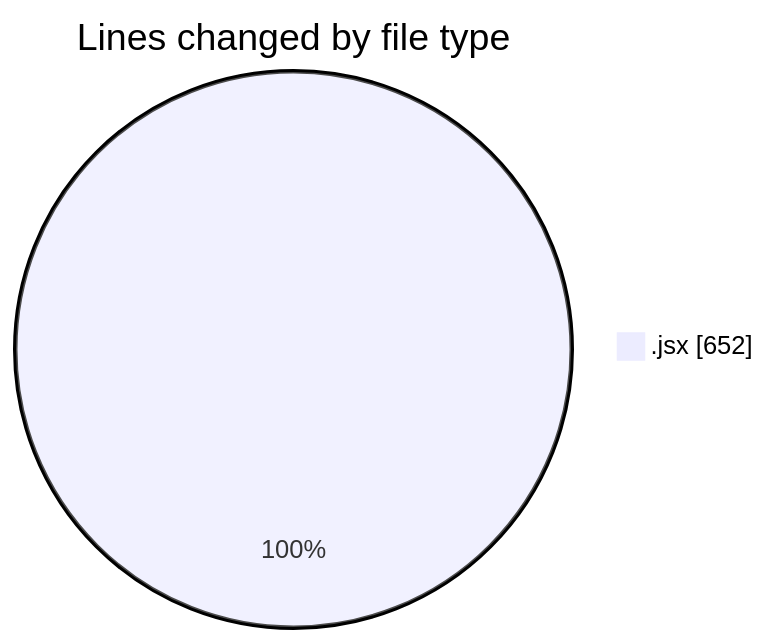
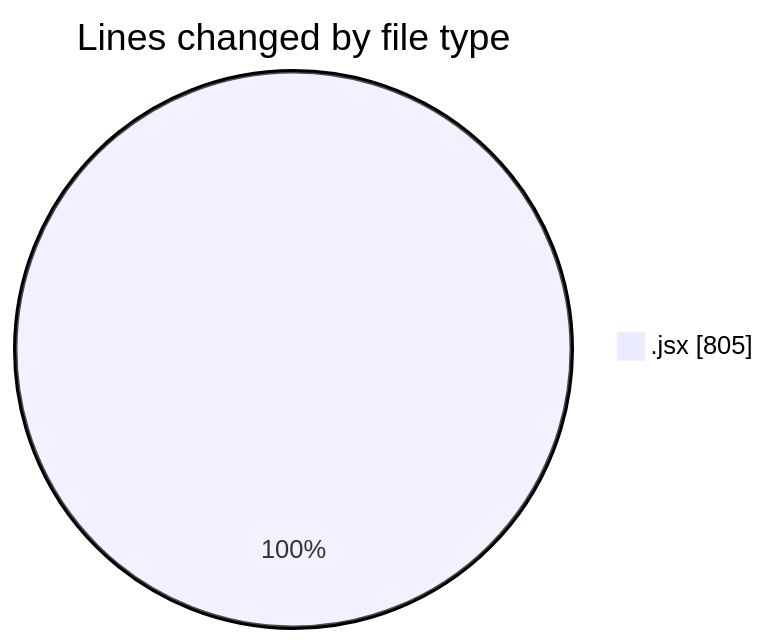
One commit to nxtqubesakshisongat/code-tracking changed the first of 2 diagrams in 2025-09-16/nxtqube_webapp/README.md. Above: the diagram before and after it, drawn with Mermaid. The commit also changed other lines of this file and 1 other file, not shown here.

````diff
--- a/2025-09-16/nxtqube_webapp/README.md
+++ b/2025-09-16/nxtqube_webapp/README.md
@@ -20,5 +20,5 @@
 ```mermaid
 pie showData
 title Lines changed by file type
-".jsx" : 652
+".jsx" : 805
 ```
````
